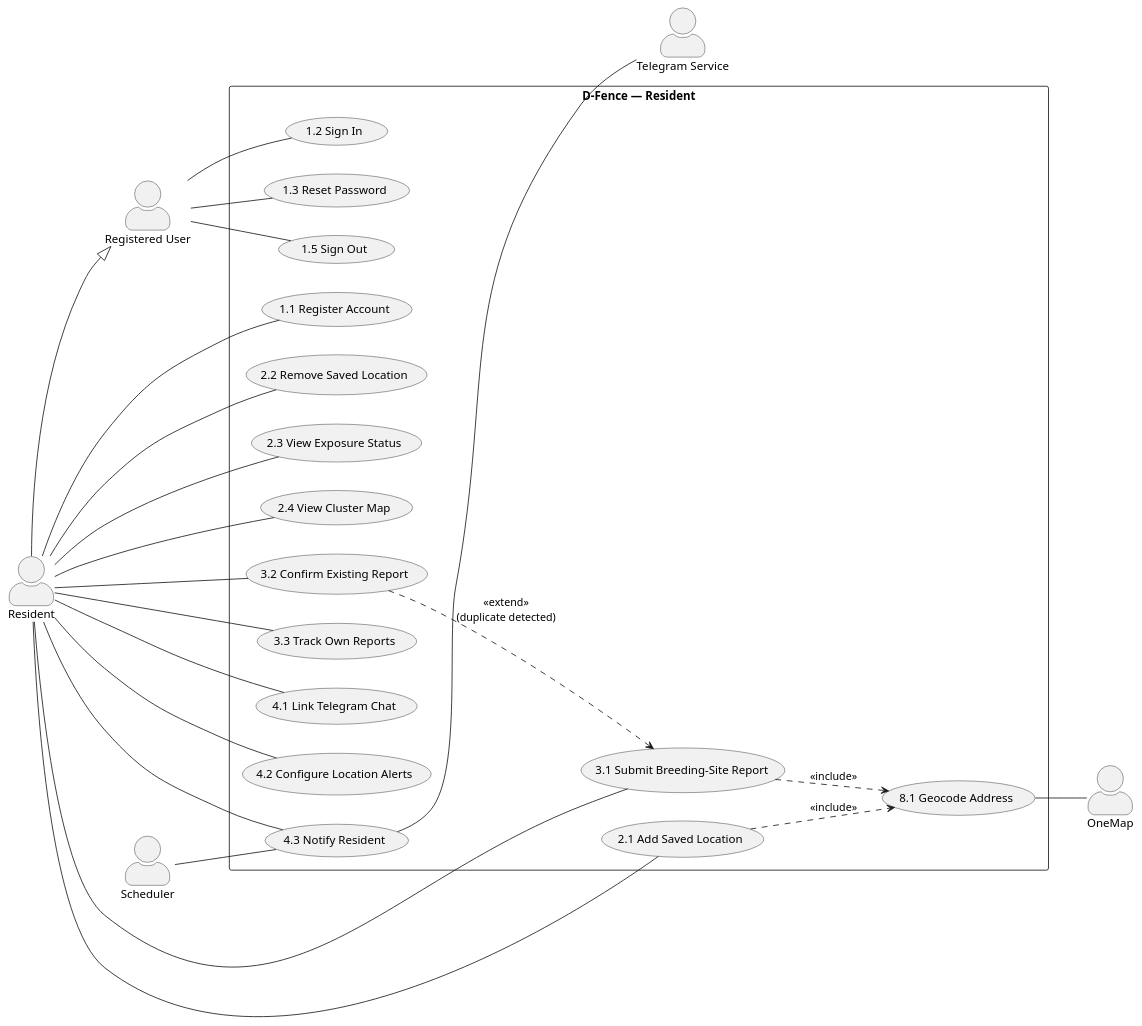
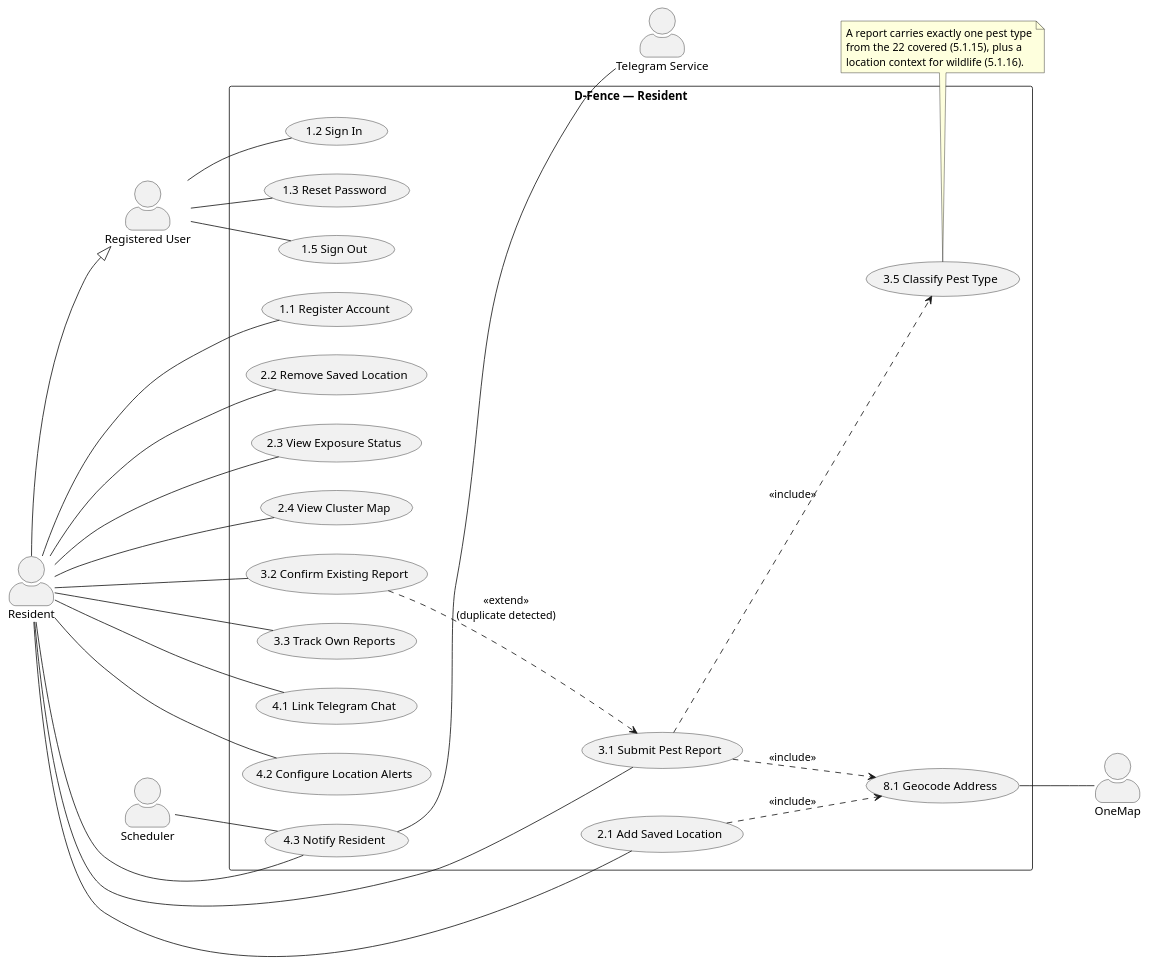
The diagram in lab3/use-case-diagram-resident.puml (whyk47/D-Fence), drawn with PlantUML before and after one commit. The commit also changed 110 other files, not shown here.

First line of the commit message:
Every pest, one score: the generalised priority model, build steps 1-6

```diff
--- a/lab3/use-case-diagram-resident.puml
+++ b/lab3/use-case-diagram-resident.puml
@@ -1,55 +1,63 @@
 @startuml D-Fence-Resident
-' Lab 2 v0.2. Role view 1 of 3 — Resident. Subset of use-case-diagram.puml, same IDs.
+' Lab 2/3 v0.3. Role view 1 of 3 — Resident. Subset of use-case-diagram.puml, same IDs.
 left to right direction
 skinparam packageStyle rectangle
 skinparam actorStyle awesome
 skinparam shadowing false
 
 actor "Registered User" as RU
 actor "Resident" as RES
 actor "OneMap" as ONEMAP
 actor "Telegram Service" as TG
 actor "Scheduler" as SCH
 
 RES --|> RU
 
 rectangle "D-Fence — Resident" {
   usecase "1.1 Register Account" as UC11
   usecase "1.2 Sign In" as UC12
   usecase "1.3 Reset Password" as UC13
   usecase "1.5 Sign Out" as UC15
   usecase "2.1 Add Saved Location" as UC21
   usecase "2.2 Remove Saved Location" as UC22
   usecase "2.3 View Exposure Status" as UC23
   usecase "2.4 View Cluster Map" as UC24
-  usecase "3.1 Submit Breeding-Site Report" as UC31
+  usecase "3.1 Submit Pest Report" as UC31
+  usecase "3.5 Classify Pest Type" as UC35
   usecase "3.2 Confirm Existing Report" as UC32
   usecase "3.3 Track Own Reports" as UC33
   usecase "4.1 Link Telegram Chat" as UC41
   usecase "4.2 Configure Location Alerts" as UC42
   usecase "4.3 Notify Resident" as UC43
   usecase "8.1 Geocode Address" as UC81
 }
 
 RU  -- UC12
 RU  -- UC13
 RU  -- UC15
 RES -- UC11
 RES -- UC21
 RES -- UC22
 RES -- UC23
 RES -- UC24
 RES -- UC31
 RES -- UC32
 RES -- UC33
 RES -- UC41
 RES -- UC42
 SCH -- UC43
 UC43 -- RES
 UC43 -- TG
 UC81 -- ONEMAP
 
 UC21 ..> UC81 : <<include>>
 UC31 ..> UC81 : <<include>>
+UC31 ..> UC35 : <<include>>
 UC32 ..> UC31 : <<extend>>\n(duplicate detected)
+
+note bottom of UC35
+  A report carries exactly one pest type
+  from the 22 covered (5.1.15), plus a
+  location context for wildlife (5.1.16).
+end note
 @enduml
```
